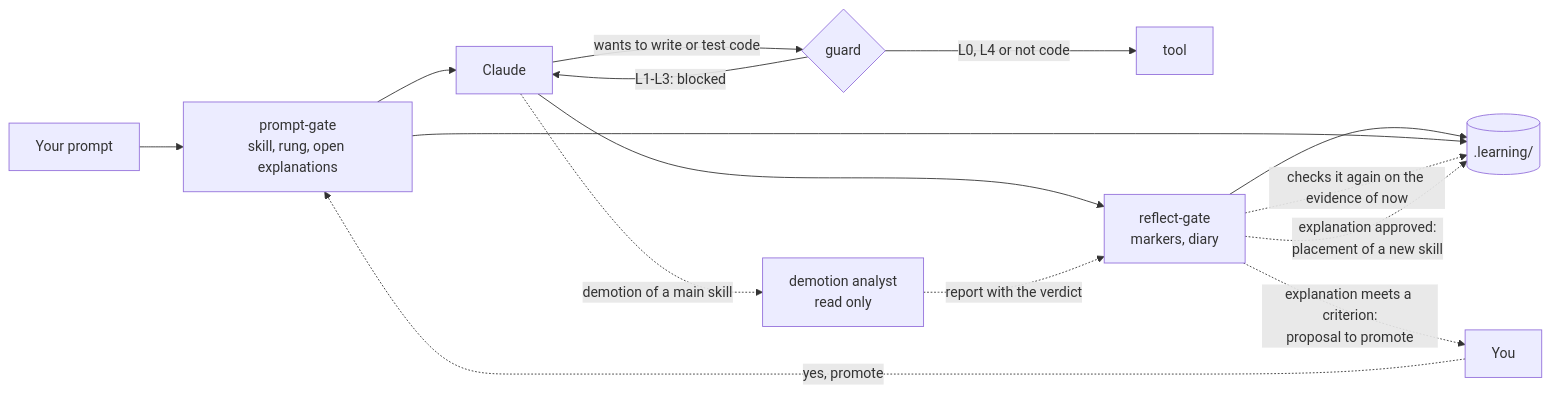
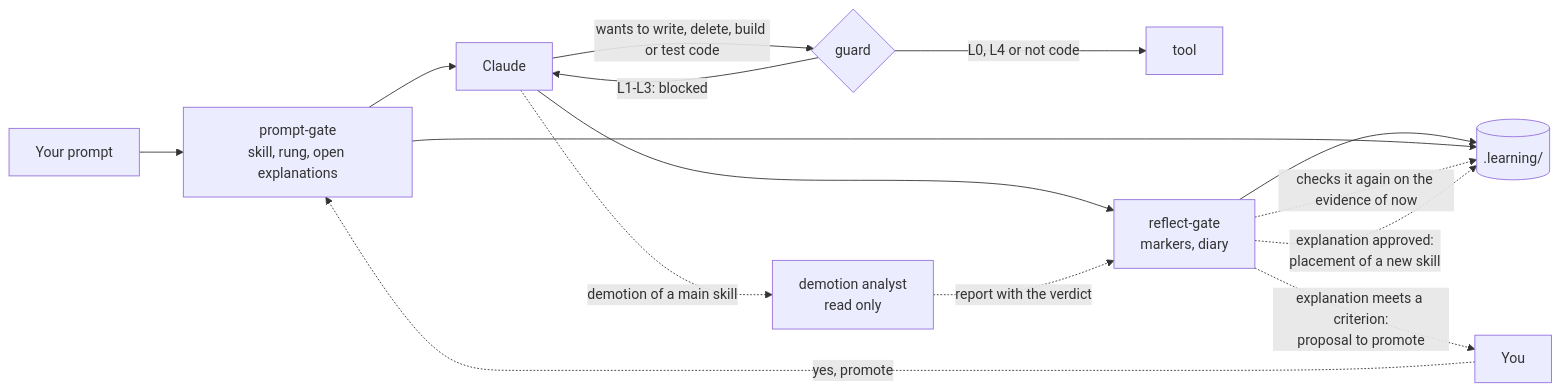
One commit to piethanegraaf/piethanegraaf.github.io changed the diagram in docs/en/how-it-works.md. Above: the diagram before and after it, drawn with Mermaid. The commit also changed other lines of this file and 36 other files, not shown here.

````diff
--- a/docs/en/how-it-works.md
+++ b/docs/en/how-it-works.md
@@ -9,17 +9,17 @@
 ```mermaid
 flowchart LR
   P[Your prompt] --> G1[prompt-gate<br/>skill, rung, open explanations]
   G1 --> C[Claude]
-  C -->|wants to write or test code| G2{guard}
+  C -->|wants to write, delete, build or test code| G2{guard}
   G2 -->|L1-L3: blocked| C
   G2 -->|L0, L4 or not code| T[tool]
   C --> S[reflect-gate<br/>markers, diary]
   S --> R[(.learning/)]
   G1 --> R
   C -.->|demotion of a main skill| A[demotion analyst<br/>read only]
   A -.->|report with the verdict| S
   S -.->|checks it again on the evidence of now| R
   S -.->|explanation approved:<br/>placement of a new skill| R
   S -.->|explanation meets a criterion:<br/>proposal to promote| Y[You]
   Y -.->|yes, promote| G1
 ```
````
